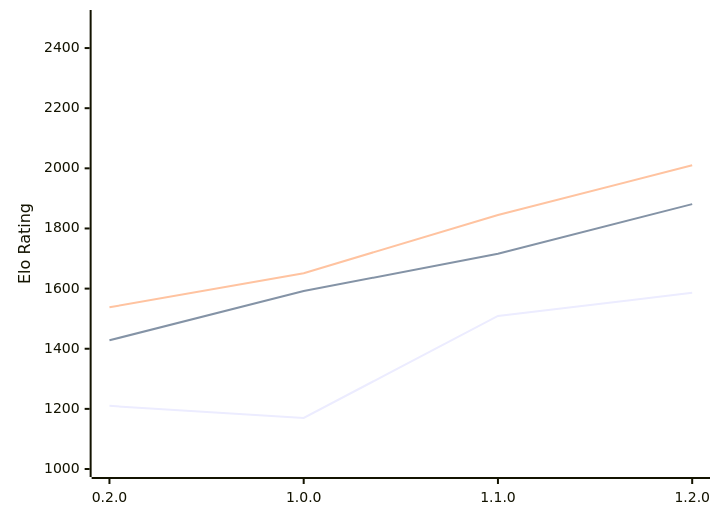
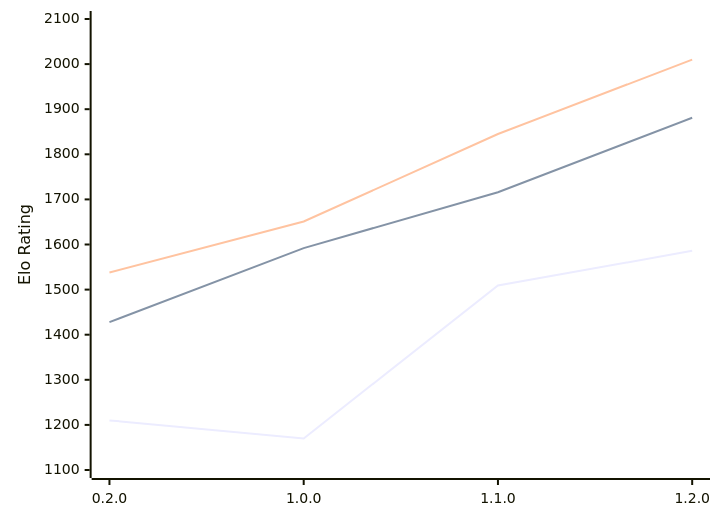
The diagram in engines/Zeppelin.md (computer-chess-index/cci), drawn with Mermaid before and after one commit. The commit also changed other lines of this file, not shown here.

Commit message:
Update CCI Ratings (ELO VLTC) - 2026-02-10

````diff
--- a/engines/Zeppelin.md
+++ b/engines/Zeppelin.md
@@ -33,9 +33,9 @@
 ```mermaid
 %%{init: {"theme":"base","themeVariables":{"seriesColors:['#a3a3a3','#222221','#faa371']}}}%%
 xychart-beta
   x-axis ["0.2.0", "1.0.0", "1.1.0", "1.2.0"]
-  y-axis "Elo Rating" 1000 --> 2500
+  y-axis "Elo Rating" 1100 --> 2100
   line "STC (8.0+0.08s)" [1210, 1170, 1509, 1586]
   line "LTC (60.0+0.60s)" [1428, 1592, 1716, 1881]
   line "VLTC (2m24s+1.12s)" [1538, 1651, 1845, 2010]
 ```
````
